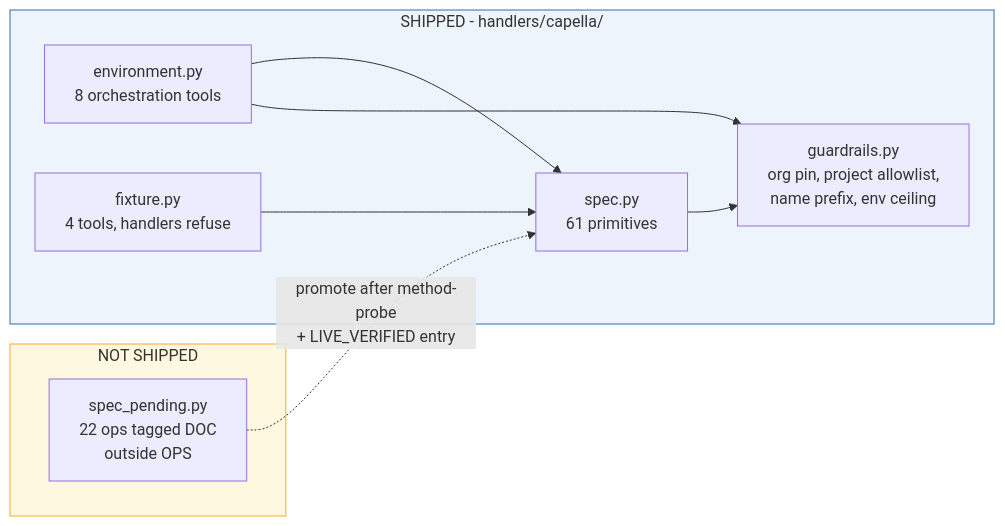
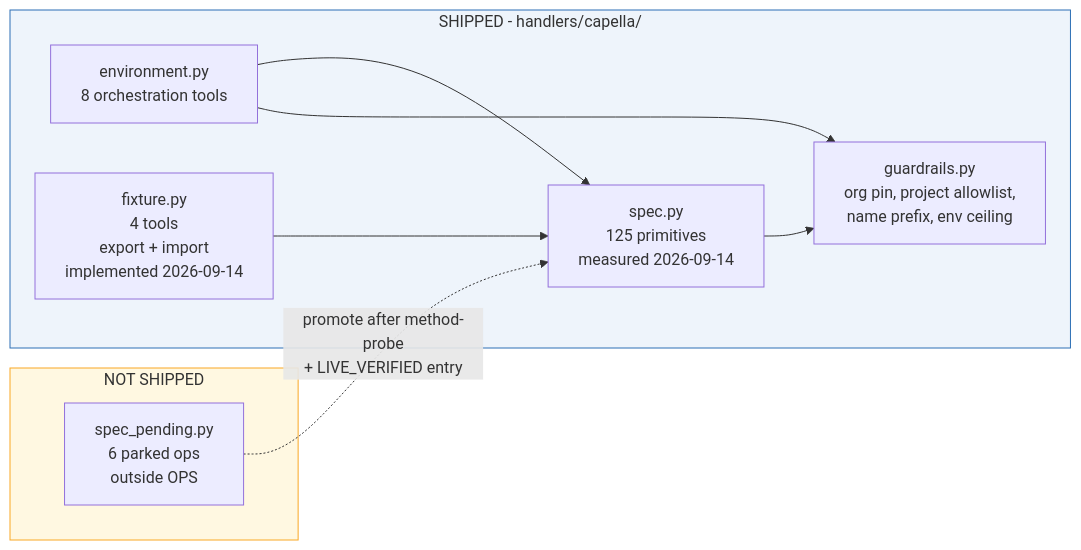
Before and after one commit to Couchbase-Ecosystem/couchbase_admin_mcp_server: the diagram in docs/diagrams-src/05_capella.mmd, drawn with Mermaid. The commit also changed 29 other files, not shown here.

```diff
--- a/docs/diagrams-src/05_capella.mmd
+++ b/docs/diagrams-src/05_capella.mmd
@@ -1,17 +1,17 @@
 graph LR
   subgraph Shipped["SHIPPED - handlers/capella/"]
-    P["spec.py<br/>61 primitives"]
+    P["spec.py<br/>125 primitives<br/>measured 2026-09-14"]
     E["environment.py<br/>8 orchestration tools"]
-    F["fixture.py<br/>4 tools, handlers refuse"]
+    F["fixture.py<br/>4 tools<br/>export + import<br/>implemented 2026-09-14"]
     GR["guardrails.py<br/>org pin, project allowlist,<br/>name prefix, env ceiling"]
   end
   subgraph Q["NOT SHIPPED"]
-    PN["spec_pending.py<br/>22 ops tagged DOC<br/>outside OPS"]
+    PN["spec_pending.py<br/>6 parked ops<br/>outside OPS"]
   end
   E --> P
   F --> P
   P --> GR
   E --> GR
   PN -.->|"promote after method-probe<br/>+ LIVE_VERIFIED entry"| P
   style Q fill:#fff8e1,stroke:#f9a825
   style Shipped fill:#eef4fb,stroke:#2c6fb5
```
